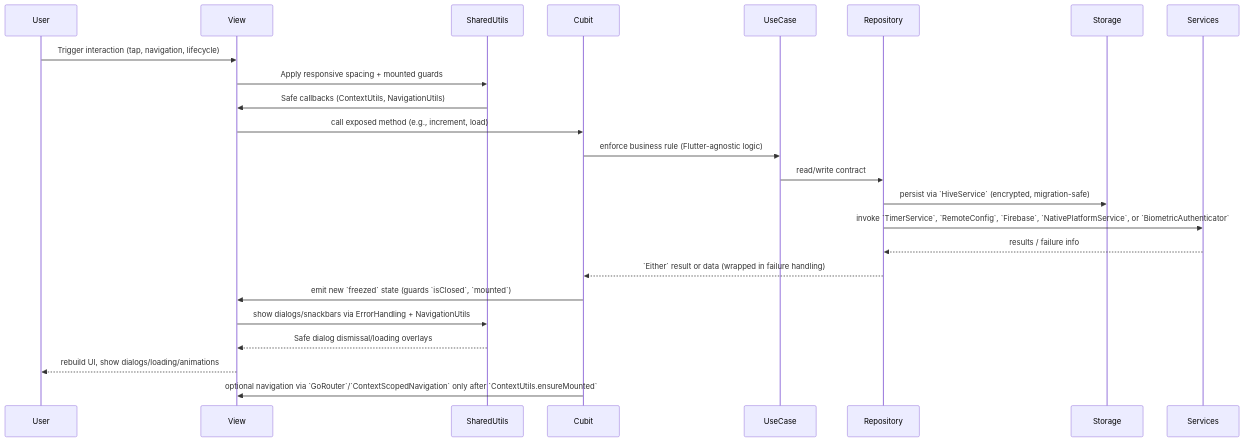
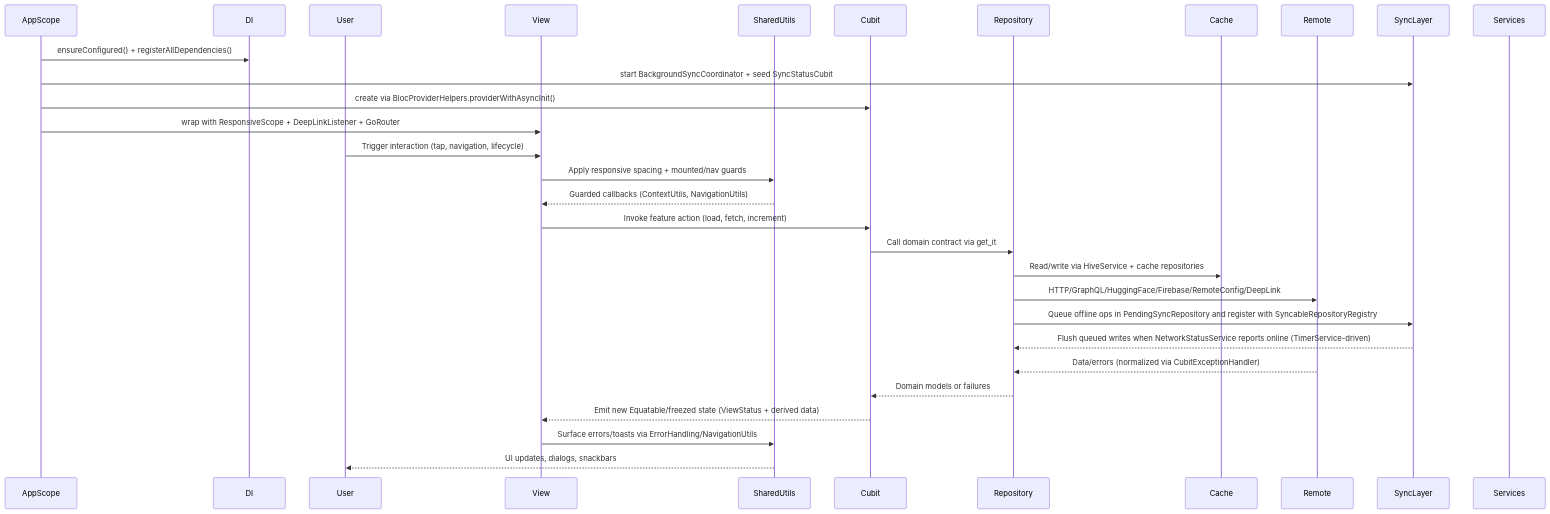
The second of 2 diagrams in README.md (redjadet/flutter_bloc_app), drawn with Mermaid before and after one commit. The commit also changed other lines of this file, not shown here.

First line of the commit message:
Enhance README to clarify architecture and tooling details

````diff
--- a/README.md
+++ b/README.md
@@ -317,27 +320,33 @@
 ```mermaid
 sequenceDiagram
+  participant AppScope
+  participant DI
   participant User
   participant View
   participant SharedUtils
   participant Cubit
-  participant UseCase
   participant Repository
-  participant Storage
+  participant Cache
+  participant Remote
+  participant SyncLayer
   participant Services
 
+  AppScope->>DI: ensureConfigured() + registerAllDependencies()
+  AppScope->>SyncLayer: start BackgroundSyncCoordinator + seed SyncStatusCubit
+  AppScope->>Cubit: create via BlocProviderHelpers.providerWithAsyncInit()
+  AppScope->>View: wrap with ResponsiveScope + DeepLinkListener + GoRouter
   User->>View: Trigger interaction (tap, navigation, lifecycle)
-  View->>SharedUtils: Apply responsive spacing + mounted guards
-  SharedUtils->>View: Safe callbacks (ContextUtils, NavigationUtils)
-  View->>Cubit: call exposed method (e.g., increment, load)
-  Cubit->>UseCase: enforce business rule (Flutter-agnostic logic)
-  UseCase->>Repository: read/write contract
-  Repository->>Storage: persist via `HiveService` (encrypted, migration-safe)
-  Repository->>Services: invoke `TimerService`, `RemoteConfig`, `Firebase`, `NativePlatformService`, or `BiometricAuthenticator`
-  Services-->>Repository: results / failure info
-  Repository-->>Cubit: `Either` result or data (wrapped in failure handling)
-  Cubit->>View: emit new `freezed` state (guards `isClosed`, `mounted`)
-  View->>SharedUtils: show dialogs/snackbars via ErrorHandling + NavigationUtils
-  SharedUtils-->>View: Safe dialog dismissal/loading overlays
-  View-->>User: rebuild UI, show dialogs/loading/animations
-  Cubit->>View: optional navigation via `GoRouter`/`ContextScopedNavigation` only after `ContextUtils.ensureMounted`
+  View->>SharedUtils: Apply responsive spacing + mounted/nav guards
+  SharedUtils-->>View: Guarded callbacks (ContextUtils, NavigationUtils)
+  View->>Cubit: Invoke feature action (load, fetch, increment)
+  Cubit->>Repository: Call domain contract via get_it
+  Repository->>Cache: Read/write via HiveService + cache repositories
+  Repository->>Remote: HTTP/GraphQL/HuggingFace/Firebase/RemoteConfig/DeepLink
+  Repository->>SyncLayer: Queue offline ops in PendingSyncRepository and register with SyncableRepositoryRegistry
+  SyncLayer-->>Repository: Flush queued writes when NetworkStatusService reports online (TimerService-driven)
+  Remote-->>Repository: Data/errors (normalized via CubitExceptionHandler)
+  Repository-->>Cubit: Domain models or failures
+  Cubit-->>View: Emit new Equatable/freezed state (ViewStatus + derived data)
+  View->>SharedUtils: Surface errors/toasts via ErrorHandling/NavigationUtils
+  SharedUtils-->>User: UI updates, dialogs, snackbars
 ```
````
